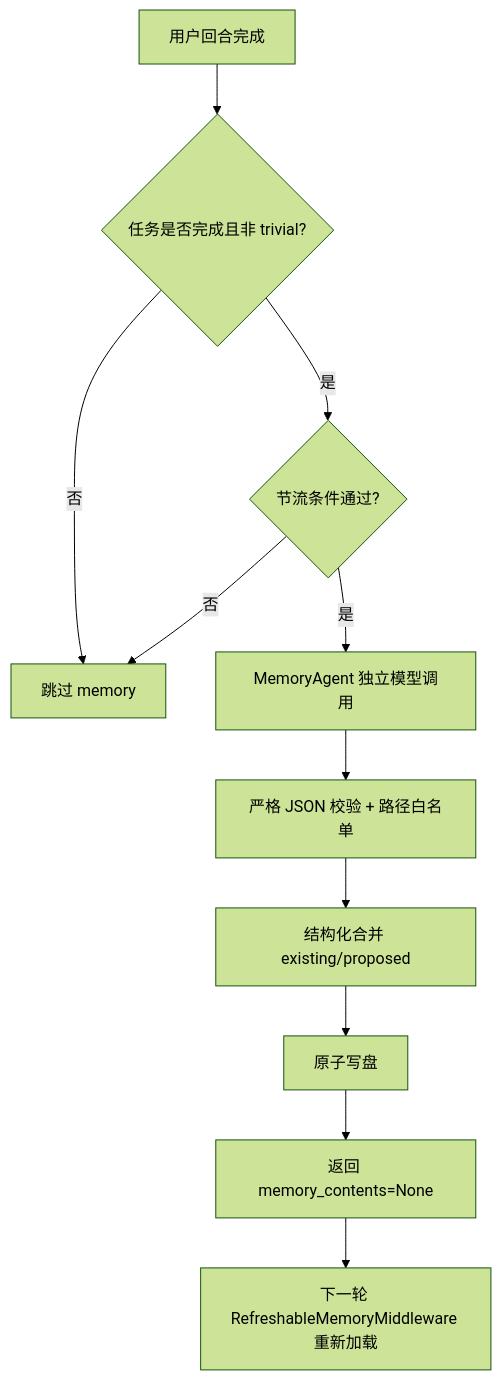
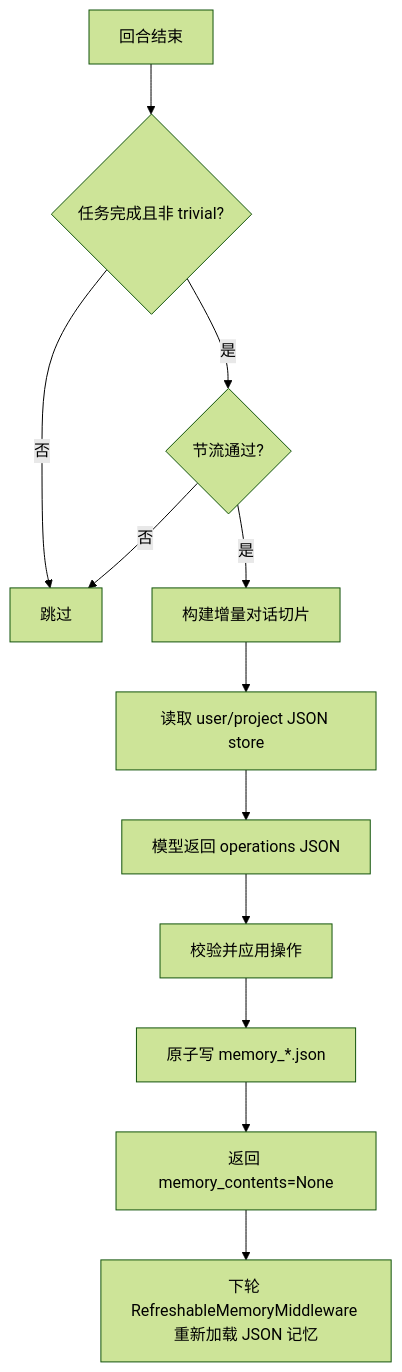
Before and after one commit to dog-qiuqiu/invincat: the diagram in MEMORY_DESIGN.md, drawn with Mermaid (forest theme). The commit also changed other lines of this file and 4 other files, not shown here.

Commit message:
docs(memory): update docs for JSON-only memory pipeline and defaults

````diff
--- a/MEMORY_DESIGN.md
+++ b/MEMORY_DESIGN.md
@@ -42,13 +71,14 @@
 ```mermaid
 flowchart TD
-    A[用户回合完成] --> B{任务是否完成且非 trivial?}
-    B -- 否 --> Z[跳过 memory]
-    B -- 是 --> C{节流条件通过?}
+    A[回合结束] --> B{任务完成且非 trivial?}
+    B -- 否 --> Z[跳过]
+    B -- 是 --> C{节流通过?}
     C -- 否 --> Z
-    C -- 是 --> D[MemoryAgent 独立模型调用]
-    D --> E[严格 JSON 校验 + 路径白名单]
-    E --> F[结构化合并 existing/proposed]
-    F --> G[原子写盘]
-    G --> H[返回 memory_contents=None]
-    H --> I[下一轮 RefreshableMemoryMiddleware 重新加载]
+    C -- 是 --> D[构建增量对话切片]
+    D --> E[读取 user/project JSON store]
+    E --> F[模型返回 operations JSON]
+    F --> G[校验并应用操作]
+    G --> H[原子写 memory_*.json]
+    H --> I[返回 memory_contents=None]
+    I --> J[下轮 RefreshableMemoryMiddleware 重新加载 JSON 记忆]
 ```
````
